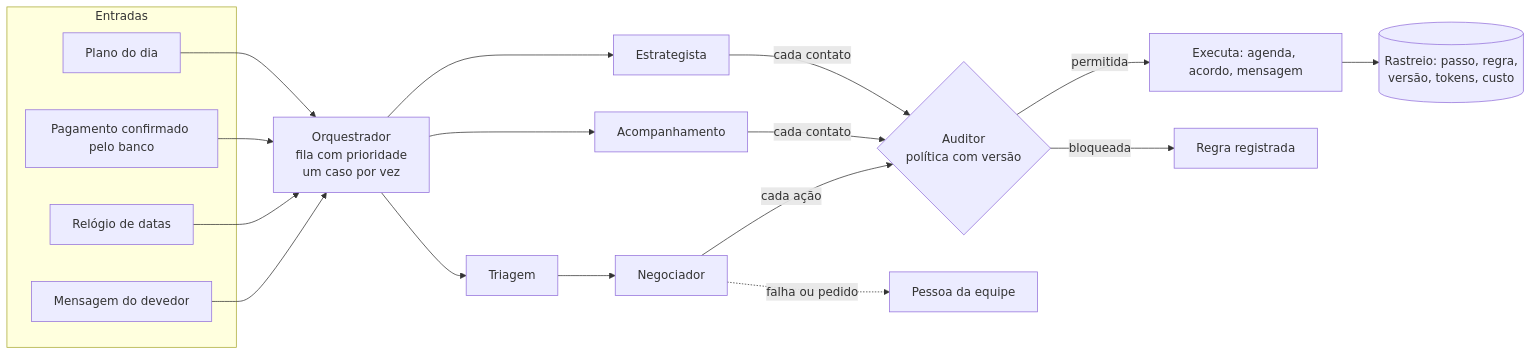
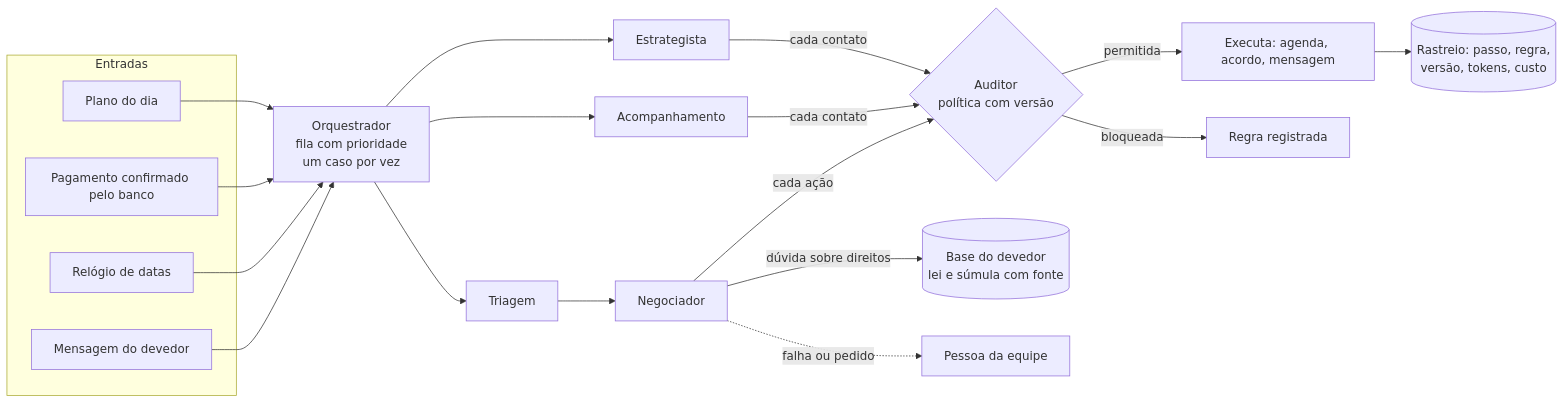
The first of 2 diagrams in docs/AGENTE_FLUXO.md (mauricionimer/AGENTESMIZAN), drawn with Mermaid before and after one commit. The commit also changed other lines of this file and 2 other files, not shown here.

First line of the commit message:
Base de conhecimento com fonte, regras do Auditor, investigação de resposta ruim; números de 16/10

````diff
--- a/docs/AGENTE_FLUXO.md
+++ b/docs/AGENTE_FLUXO.md
@@ -11,21 +11,22 @@
 ```mermaid
 flowchart LR
     subgraph Entradas
       M[Mensagem do devedor]
       R[Relógio de datas]
       P[Pagamento confirmado pelo banco]
       E[Plano do dia]
     end
     M & R & P & E --> O[Orquestrador<br/>fila com prioridade<br/>um caso por vez]
     O --> T[Triagem]
     T --> N[Negociador]
     O --> A[Acompanhamento]
     O --> S[Estrategista]
     N -- cada ação --> AU{Auditor<br/>política com versão}
     A -- cada contato --> AU
     S -- cada contato --> AU
     AU -- permitida --> X[Executa: agenda, acordo, mensagem]
     AU -- bloqueada --> B[Regra registrada]
+    N -- dúvida sobre direitos --> KB[(Base do devedor<br/>lei e súmula com fonte)]
     N -. falha ou pedido .-> H[Pessoa da equipe]
     X --> RT[(Rastreio: passo, regra,<br/>versão, tokens, custo)]
 ```
````
